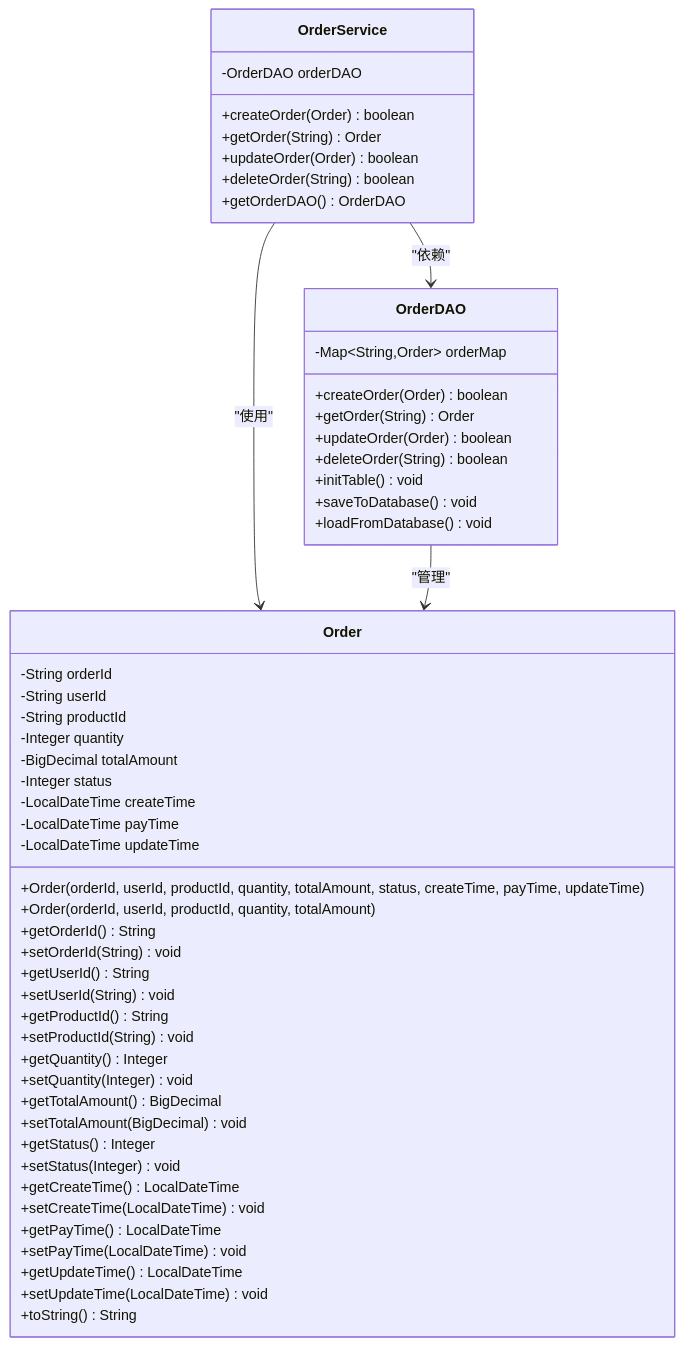
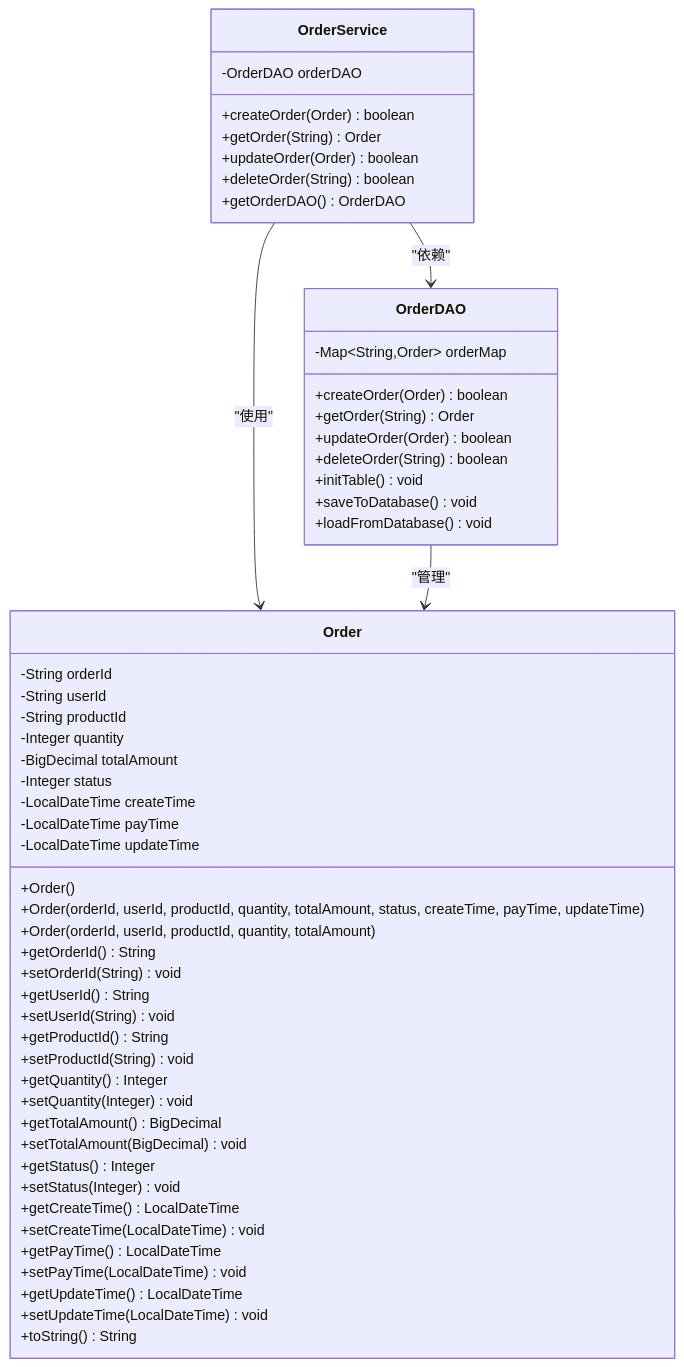
One commit to dawny123123/1103demo changed the first of 6 diagrams in .qoder/repowiki/zh/content/订单管理服务/订单实体设计.md. Above: the diagram before and after it, drawn with Mermaid. The commit also changed other lines of this file and 20 other files, not shown here.

````diff
--- a/.qoder/repowiki/zh/content/订单管理服务/订单实体设计.md
+++ b/.qoder/repowiki/zh/content/订单管理服务/订单实体设计.md
@@ -33,56 +39,57 @@
 ```mermaid
 classDiagram
 class Order {
 -String orderId
 -String userId
 -String productId
 -Integer quantity
 -BigDecimal totalAmount
 -Integer status
 -LocalDateTime createTime
 -LocalDateTime payTime
 -LocalDateTime updateTime
++Order()
 +Order(orderId, userId, productId, quantity, totalAmount, status, createTime, payTime, updateTime)
 +Order(orderId, userId, productId, quantity, totalAmount)
 +getOrderId() String
 +setOrderId(String) void
 +getUserId() String
 +setUserId(String) void
 +getProductId() String
 +setProductId(String) void
 +getQuantity() Integer
 +setQuantity(Integer) void
 +getTotalAmount() BigDecimal
 +setTotalAmount(BigDecimal) void
 +getStatus() Integer
 +setStatus(Integer) void
 +getCreateTime() LocalDateTime
 +setCreateTime(LocalDateTime) void
 +getPayTime() LocalDateTime
 +setPayTime(LocalDateTime) void
 +getUpdateTime() LocalDateTime
 +setUpdateTime(LocalDateTime) void
 +toString() String
 }
 class OrderService {
 -OrderDAO orderDAO
 +createOrder(Order) boolean
 +getOrder(String) Order
 +updateOrder(Order) boolean
 +deleteOrder(String) boolean
 +getOrderDAO() OrderDAO
 }
 class OrderDAO {
 -Map~String,Order~ orderMap
 +createOrder(Order) boolean
 +getOrder(String) Order
 +updateOrder(Order) boolean
 +deleteOrder(String) boolean
 +initTable() void
 +saveToDatabase() void
 +loadFromDatabase() void
 }
 OrderService --> Order : "使用"
 OrderDAO --> Order : "管理"
 OrderService --> OrderDAO : "依赖"
 ```
````
